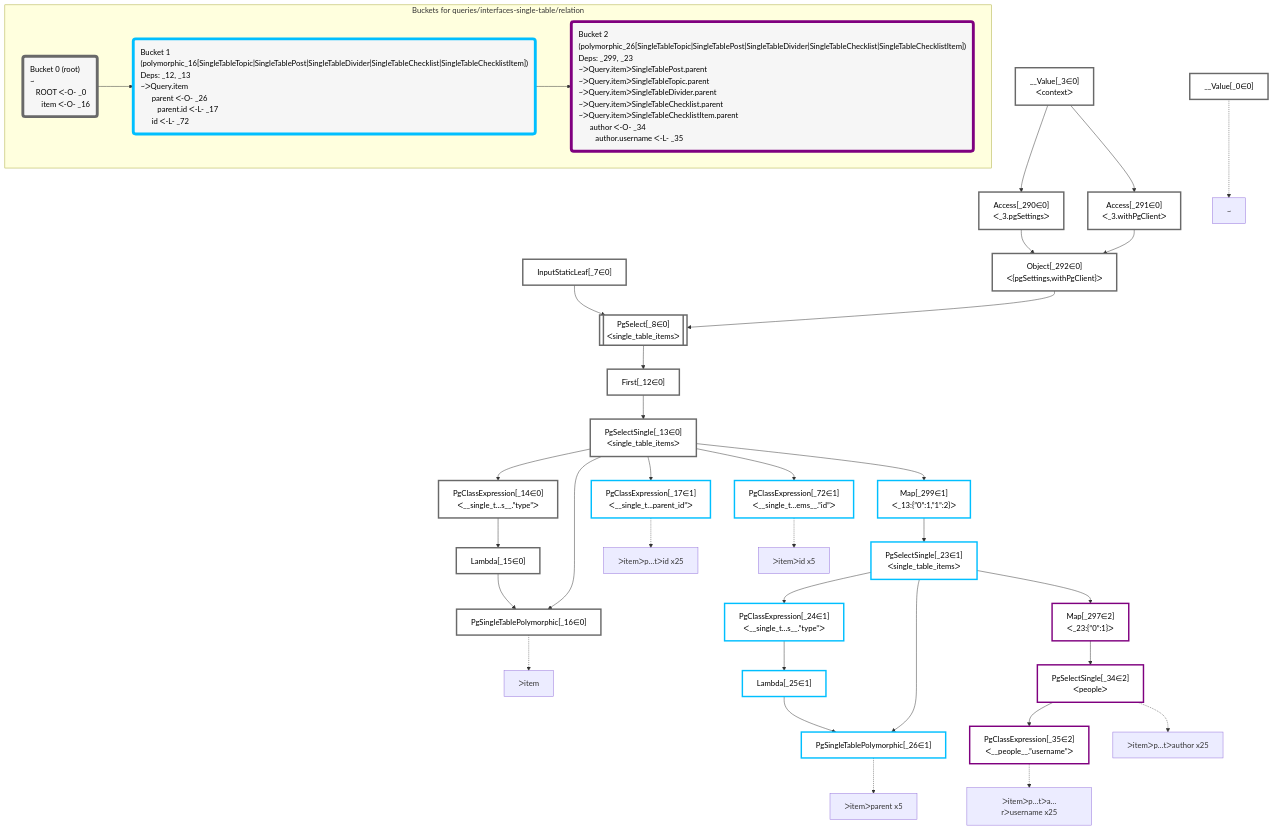
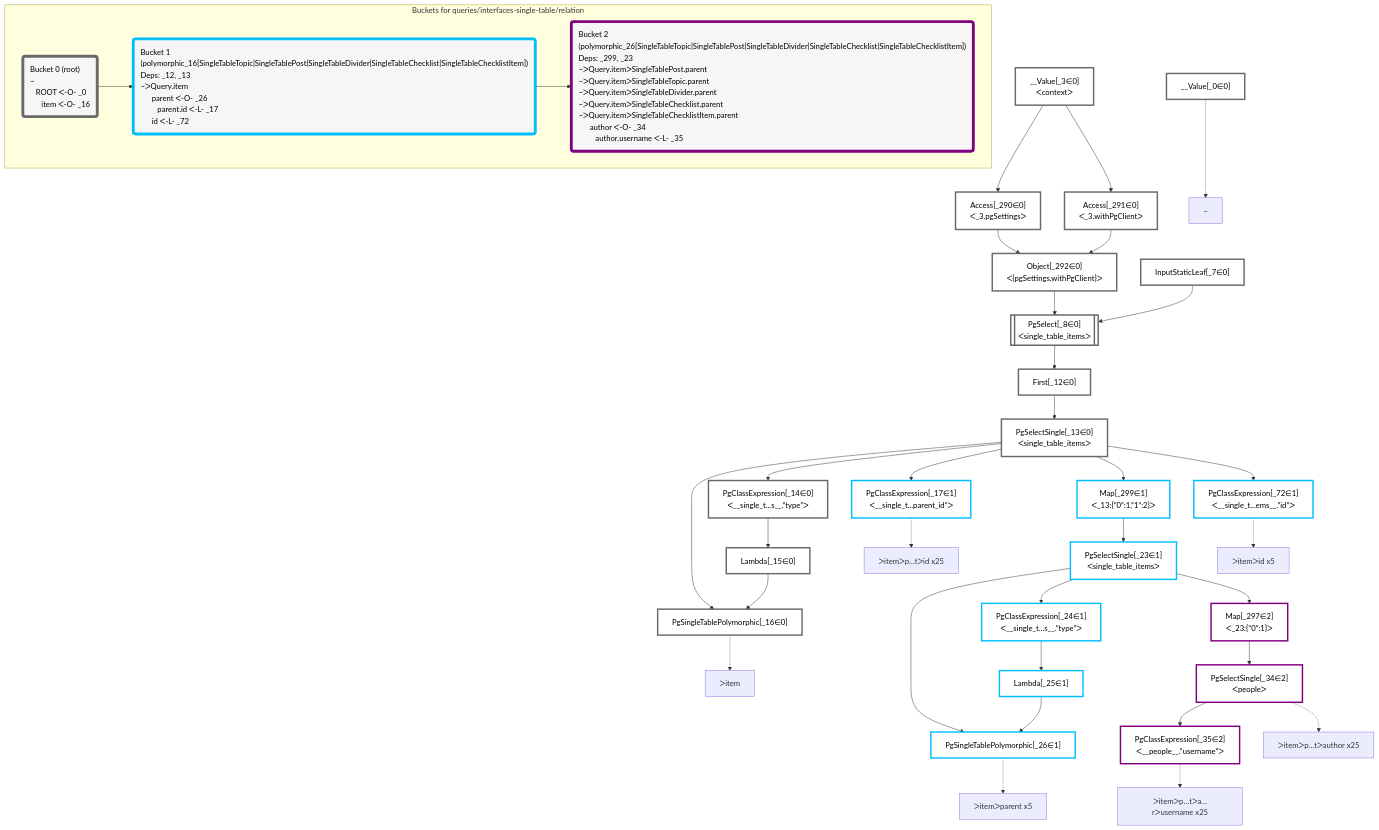
One commit to graphile/crystal changed the diagram in packages/dataplan-pg/__tests__/queries/interfaces-single-table/relation.mermaid.md. Above: the diagram before and after it, drawn with Mermaid. The commit also changed other lines of this file and 195 other files, not shown here.

```diff
--- a/packages/dataplan-pg/__tests__/queries/interfaces-single-table/relation.mermaid.md
+++ b/packages/dataplan-pg/__tests__/queries/interfaces-single-table/relation.mermaid.md
@@ -9,48 +9,48 @@
 
     %% define plans
     __Value_0["__Value[_0∈0]"]:::plan
+    PgSingleTablePolymorphic_16["PgSingleTablePolymorphic[_16∈0]"]:::plan
+    Lambda_15["Lambda[_15∈0]"]:::plan
+    PgClassExpression_14["PgClassExpression[_14∈0]<br />ᐸ__single_t...s__.”type”ᐳ"]:::plan
+    PgClassExpression_17["PgClassExpression[_17∈1]<br />ᐸ__single_t...parent_id”ᐳ"]:::plan
+    PgSingleTablePolymorphic_26["PgSingleTablePolymorphic[_26∈1]"]:::plan
+    Lambda_25["Lambda[_25∈1]"]:::plan
+    PgClassExpression_24["PgClassExpression[_24∈1]<br />ᐸ__single_t...s__.”type”ᐳ"]:::plan
+    PgClassExpression_35["PgClassExpression[_35∈2]<br />ᐸ__people__.”username”ᐳ"]:::plan
+    PgSelectSingle_34["PgSelectSingle[_34∈2]<br />ᐸpeopleᐳ"]:::plan
+    Map_297["Map[_297∈2]<br />ᐸ_23:{”0”:1}ᐳ"]:::plan
+    PgSelectSingle_23["PgSelectSingle[_23∈1]<br />ᐸsingle_table_itemsᐳ"]:::plan
+    Map_299["Map[_299∈1]<br />ᐸ_13:{”0”:1,”1”:2}ᐳ"]:::plan
+    PgClassExpression_72["PgClassExpression[_72∈1]<br />ᐸ__single_t...ems__.”id”ᐳ"]:::plan
+    PgSelectSingle_13["PgSelectSingle[_13∈0]<br />ᐸsingle_table_itemsᐳ"]:::plan
+    First_12["First[_12∈0]"]:::plan
+    PgSelect_8[["PgSelect[_8∈0]<br />ᐸsingle_table_itemsᐳ"]]:::plan
+    Object_292["Object[_292∈0]<br />ᐸ{pgSettings,withPgClient}ᐳ"]:::plan
+    Access_290["Access[_290∈0]<br />ᐸ_3.pgSettingsᐳ"]:::plan
+    Access_291["Access[_291∈0]<br />ᐸ_3.withPgClientᐳ"]:::plan
     __Value_3["__Value[_3∈0]<br />ᐸcontextᐳ"]:::plan
     InputStaticLeaf_7["InputStaticLeaf[_7∈0]"]:::plan
-    PgSelect_8[["PgSelect[_8∈0]<br />ᐸsingle_table_itemsᐳ"]]:::plan
-    First_12["First[_12∈0]"]:::plan
-    PgSelectSingle_13["PgSelectSingle[_13∈0]<br />ᐸsingle_table_itemsᐳ"]:::plan
-    PgClassExpression_14["PgClassExpression[_14∈0]<br />ᐸ__single_t...s__.”type”ᐳ"]:::plan
-    Lambda_15["Lambda[_15∈0]"]:::plan
-    PgSingleTablePolymorphic_16["PgSingleTablePolymorphic[_16∈0]"]:::plan
-    PgClassExpression_17["PgClassExpression[_17∈1]<br />ᐸ__single_t...parent_id”ᐳ"]:::plan
-    PgSelectSingle_23["PgSelectSingle[_23∈1]<br />ᐸsingle_table_itemsᐳ"]:::plan
-    PgClassExpression_24["PgClassExpression[_24∈1]<br />ᐸ__single_t...s__.”type”ᐳ"]:::plan
-    Lambda_25["Lambda[_25∈1]"]:::plan
-    PgSingleTablePolymorphic_26["PgSingleTablePolymorphic[_26∈1]"]:::plan
-    PgSelectSingle_34["PgSelectSingle[_34∈2]<br />ᐸpeopleᐳ"]:::plan
-    PgClassExpression_35["PgClassExpression[_35∈2]<br />ᐸ__people__.”username”ᐳ"]:::plan
-    PgClassExpression_72["PgClassExpression[_72∈1]<br />ᐸ__single_t...ems__.”id”ᐳ"]:::plan
-    Access_290["Access[_290∈0]<br />ᐸ_3.pgSettingsᐳ"]:::plan
-    Access_291["Access[_291∈0]<br />ᐸ_3.withPgClientᐳ"]:::plan
-    Object_292["Object[_292∈0]<br />ᐸ{pgSettings,withPgClient}ᐳ"]:::plan
-    Map_297["Map[_297∈2]<br />ᐸ_23:{”0”:1}ᐳ"]:::plan
-    Map_299["Map[_299∈1]<br />ᐸ_13:{”0”:1,”1”:2}ᐳ"]:::plan
 
     %% plan dependencies
+    Lambda_15 & PgSelectSingle_13 --> PgSingleTablePolymorphic_16
+    PgClassExpression_14 --> Lambda_15
+    PgSelectSingle_13 --> PgClassExpression_14
+    PgSelectSingle_13 --> PgClassExpression_17
+    Lambda_25 & PgSelectSingle_23 --> PgSingleTablePolymorphic_26
+    PgClassExpression_24 --> Lambda_25
+    PgSelectSingle_23 --> PgClassExpression_24
+    PgSelectSingle_34 --> PgClassExpression_35
+    Map_297 --> PgSelectSingle_34
+    PgSelectSingle_23 --> Map_297
+    Map_299 --> PgSelectSingle_23
+    PgSelectSingle_13 --> Map_299
+    PgSelectSingle_13 --> PgClassExpression_72
+    First_12 --> PgSelectSingle_13
+    PgSelect_8 --> First_12
     Object_292 & InputStaticLeaf_7 --> PgSelect_8
-    PgSelect_8 --> First_12
-    First_12 --> PgSelectSingle_13
-    PgSelectSingle_13 --> PgClassExpression_14
-    PgClassExpression_14 --> Lambda_15
-    Lambda_15 & PgSelectSingle_13 --> PgSingleTablePolymorphic_16
-    PgSelectSingle_13 --> PgClassExpression_17
-    Map_299 --> PgSelectSingle_23
-    PgSelectSingle_23 --> PgClassExpression_24
-    PgClassExpression_24 --> Lambda_25
-    Lambda_25 & PgSelectSingle_23 --> PgSingleTablePolymorphic_26
-    Map_297 --> PgSelectSingle_34
-    PgSelectSingle_34 --> PgClassExpression_35
-    PgSelectSingle_13 --> PgClassExpression_72
+    Access_290 & Access_291 --> Object_292
     __Value_3 --> Access_290
     __Value_3 --> Access_291
-    Access_290 & Access_291 --> Object_292
-    PgSelectSingle_23 --> Map_297
-    PgSelectSingle_13 --> Map_299
 
     %% plan-to-path relationships
     P_0["~"]
```
